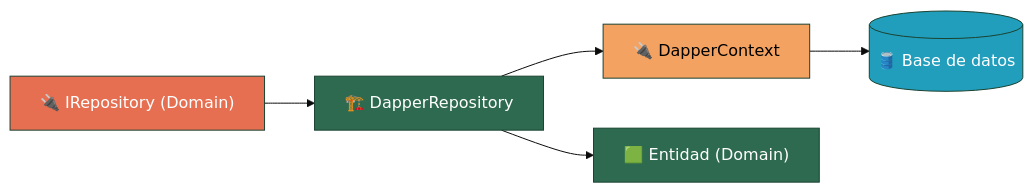
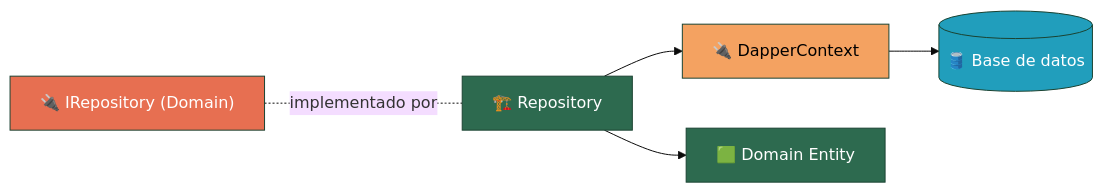
The second of 2 diagrams in PrecotexProyecto/src/Precotex.Proyecto.Infraestructure/README.md (jhoncalleflores1035/precotex-backend-arquitectura), drawn with Mermaid (base theme) before and after one commit. The commit also changed other lines of this file, not shown here.

````diff
--- a/PrecotexProyecto/src/Precotex.Proyecto.Infraestructure/README.md
+++ b/PrecotexProyecto/src/Precotex.Proyecto.Infraestructure/README.md
@@ -46,13 +50,13 @@
 ```mermaid
 flowchart LR
-    A["🔌 IRepository (Domain)"] --> B["🏗️ DapperRepository"]
+    A["🔌 IRepository (Domain)"] -. implementado por .- B["🏗️ Repository"]
     B --> C["🔌 DapperContext"]
     C --> D[("🛢️ Base de datos")]
-    B --> E["🟩 Entidad (Domain)"]
+    B --> E["🟩 Domain Entity"]
 
     style A fill:#e76f51,stroke:#1b4332,color:#fff
     style B fill:#2d6a4f,stroke:#1b4332,color:#fff
     style C fill:#f4a261,stroke:#1b4332,color:#000
     style D fill:#219ebc,stroke:#1b4332,color:#fff
     style E fill:#2d6a4f,stroke:#1b4332,color:#fff
 ```
````
